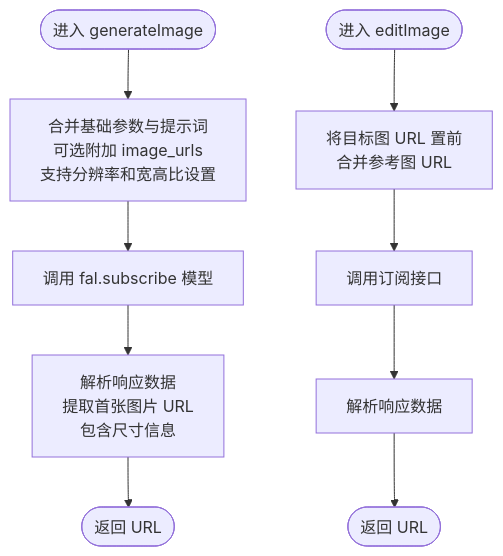
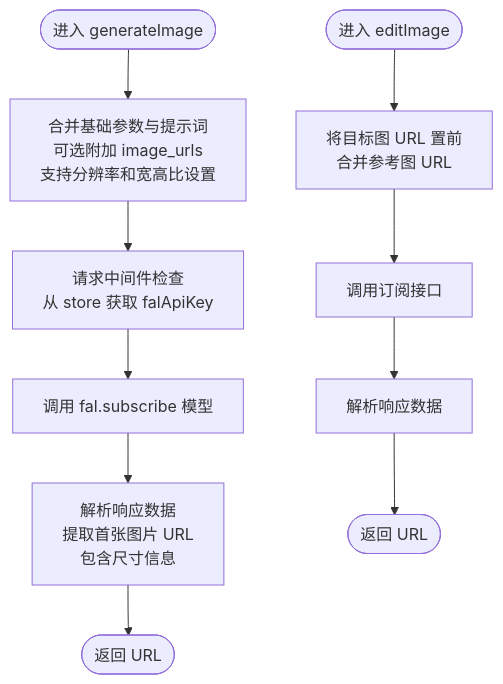
Before and after one commit to billye220670/BananaFlow2: the third of 11 diagrams in .qoder/repowiki/zh/content/核心功能模块/AI API 集成.md, drawn with Mermaid. The commit also changed other lines of this file and 7 other files, not shown here.

Commit message:
修复效果 auto 模式：FAL API 收到 'auto'，由模型自行决定最佳比例，生成后用实际宽高更新显示 指定比例（如 16:9、9:16 等）：正确传递，不再被覆盖为 1:1 占位图阶段：auto 时默认正方形占位，生成完成后自动更新为实际比例

````diff
--- a/.qoder/repowiki/zh/content/核心功能模块/AI API 集成.md
+++ b/.qoder/repowiki/zh/content/核心功能模块/AI API 集成.md
@@ -145,11 +159,12 @@
 ```mermaid
 flowchart TD
 Start(["进入 generateImage"]) --> Merge["合并基础参数与提示词<br/>可选附加 image_urls<br/>支持分辨率和宽高比设置"]
-Merge --> Call["调用 fal.subscribe 模型"]
+Merge --> Middleware["请求中间件检查<br/>从 store 获取 falApiKey"]
+Middleware --> Call["调用 fal.subscribe 模型"]
 Call --> Parse["解析响应数据<br/>提取首张图片 URL<br/>包含尺寸信息"]
 Parse --> End(["返回 URL"])
 Start2(["进入 editImage"]) --> Prepend["将目标图 URL 置前<br/>合并参考图 URL"]
 Prepend --> Call2["调用订阅接口"]
 Call2 --> Parse2["解析响应数据"]
 Parse2 --> End2(["返回 URL"])
 ```
````
